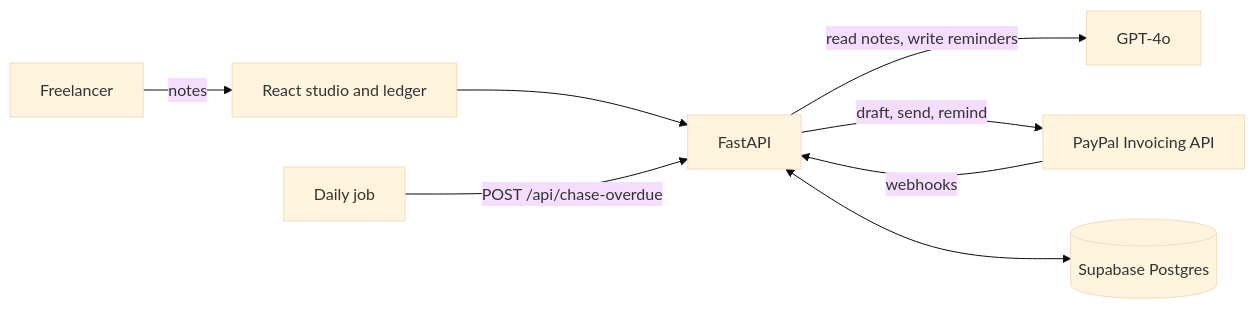
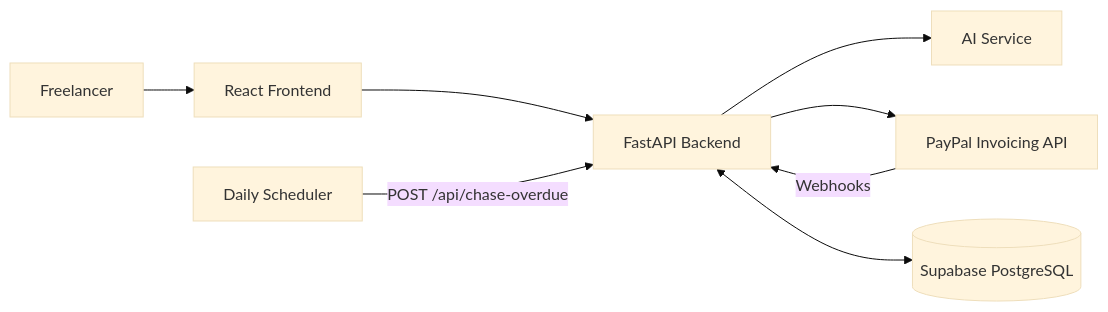
One commit to anuragshukla8416-gif/BahiKhata-The-AI-invoicing-assistant changed the diagram in README.md. Above: the diagram before and after it, drawn with Mermaid (base theme). The commit also changed other lines of this file, not shown here.

````diff
--- a/README.md
+++ b/README.md
@@ -8,10 +20,10 @@
 ```mermaid
 flowchart LR
-  U[Freelancer] -->|notes| FE[React studio and ledger]
-  FE --> API[FastAPI]
-  API -->|read notes, write reminders| GPT[GPT-4o]
-  API -->|draft, send, remind| PP[PayPal Invoicing API]
-  PP -->|webhooks| API
-  API <--> DB[(Supabase Postgres)]
-  CRON[Daily job] -->|POST /api/chase-overdue| API
+    U[Freelancer] --> FE[React Frontend]
+    FE --> API[FastAPI Backend]
+    API --> AI[AI Service]
+    API --> PP[PayPal Invoicing API]
+    PP -->|Webhooks| API
+    API <--> DB[(Supabase PostgreSQL)]
+    CRON[Daily Scheduler] -->|POST /api/chase-overdue| API
 ```
````
